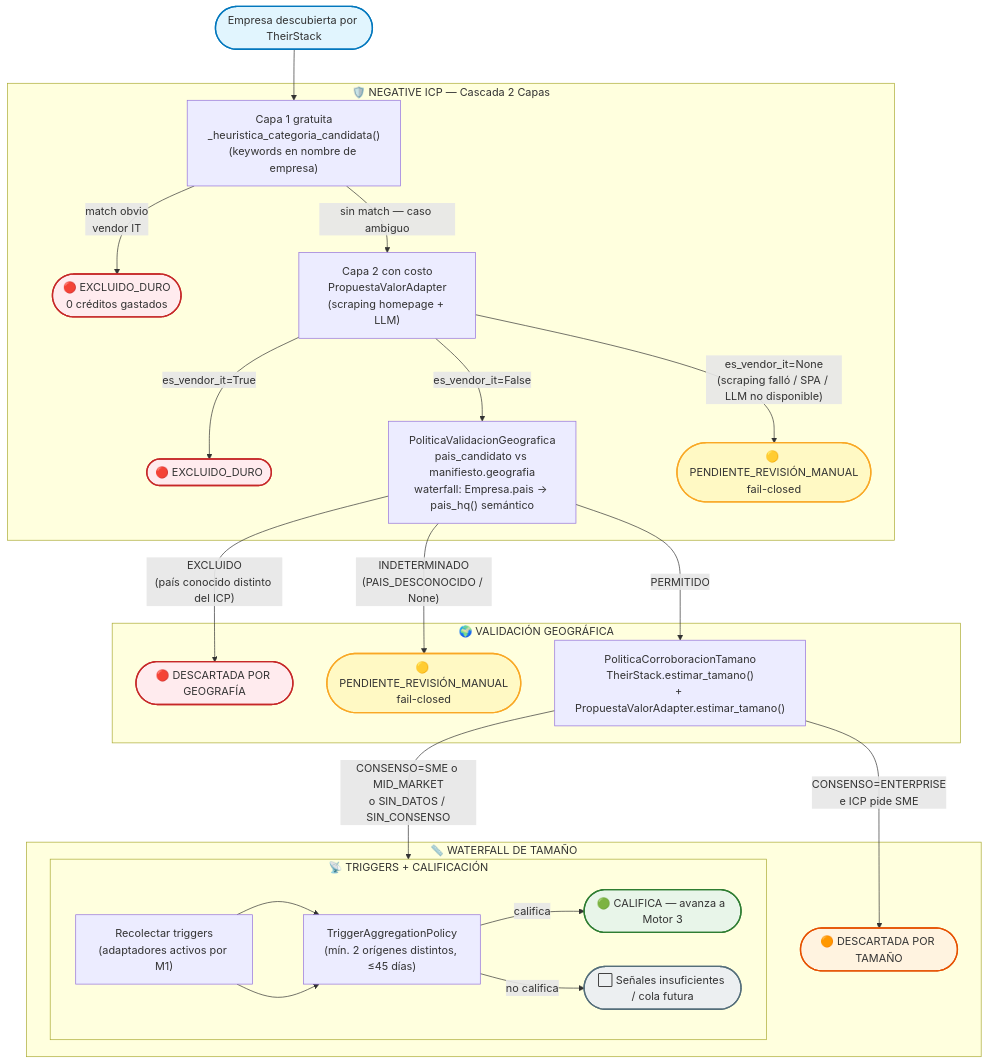
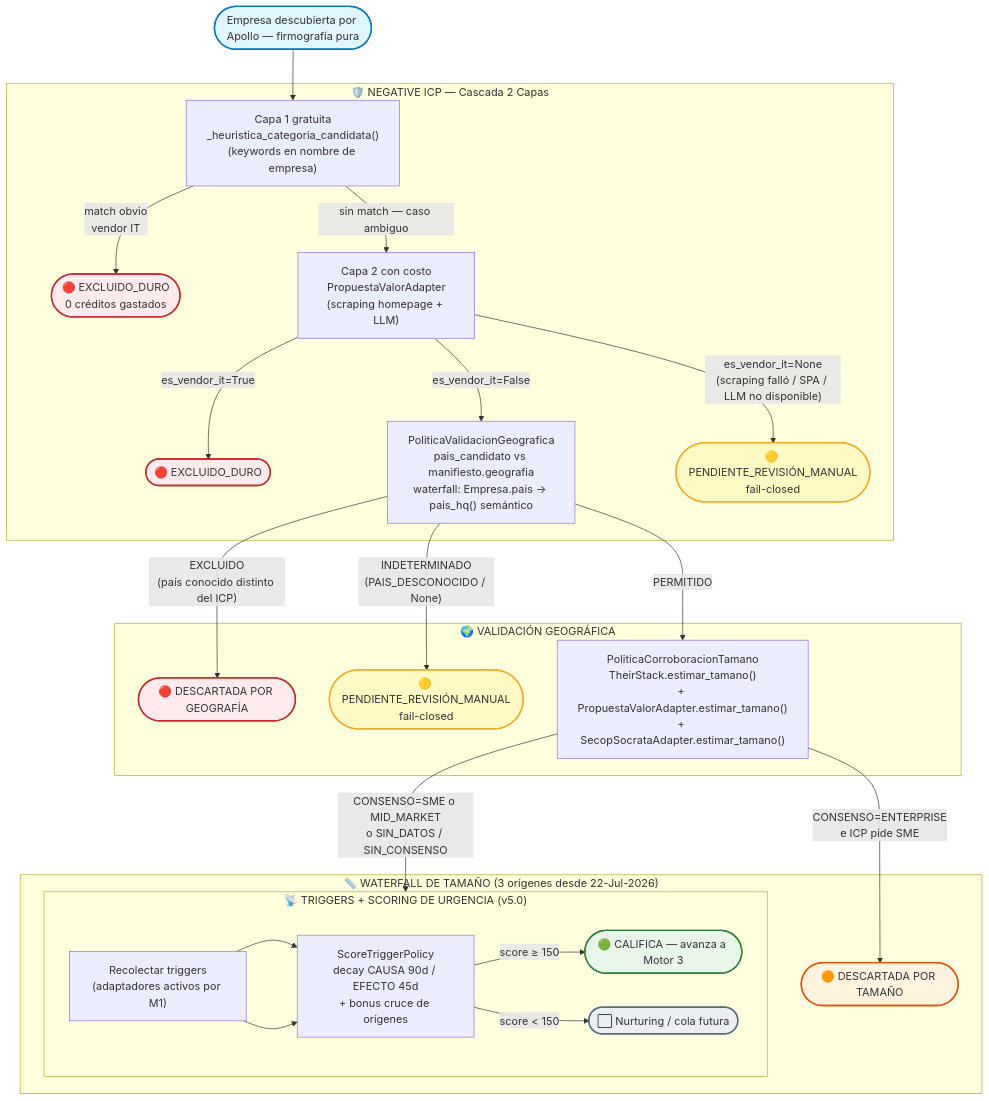
One commit to yeisonestiv109/estudio_skills_ia_claude changed the second of 3 diagrams in 10-Memoria_Consolidada/flujos_motor_1_y_2.md. Above: the diagram before and after it, drawn with Mermaid. The commit also changed other lines of this file and 5 other files, not shown here.

````diff
--- a/10-Memoria_Consolidada/flujos_motor_1_y_2.md
+++ b/10-Memoria_Consolidada/flujos_motor_1_y_2.md
@@ -208,46 +257,46 @@
 ```mermaid
 graph TD
-    A([Empresa descubierta por TheirStack]) --> B
+    A([Empresa descubierta por Apollo — firmografía pura]) --> B
 
     subgraph NEGATIVE_ICP ["🛡️ NEGATIVE ICP — Cascada 2 Capas"]
         B["Capa 1 gratuita<br/>_heuristica_categoria_candidata()<br/>(keywords en nombre de empresa)"]
         B -->|"match obvio<br/>vendor IT"| EX1([🔴 EXCLUIDO_DURO<br/>0 créditos gastados])
         B -->|"sin match — caso ambiguo"| C
         C["Capa 2 con costo<br/>PropuestaValorAdapter<br/>(scraping homepage + LLM)"]
         C -->|"es_vendor_it=True"| EX2([🔴 EXCLUIDO_DURO])
         C -->|"es_vendor_it=False"| GEO
         C -->|"es_vendor_it=None<br/>(scraping falló / SPA / LLM no disponible)"| MANUAL1([🟡 PENDIENTE_REVISIÓN_MANUAL<br/>fail-closed])
     end
 
     subgraph GEOGRAFIA ["🌍 VALIDACIÓN GEOGRÁFICA"]
         GEO["PoliticaValidacionGeografica<br/>pais_candidato vs manifiesto.geografia<br/>waterfall: Empresa.pais → pais_hq() semántico"]
         GEO -->|"EXCLUIDO<br/>(país conocido distinto del ICP)"| EX3([🔴 DESCARTADA POR GEOGRAFÍA])
         GEO -->|"INDETERMINADO<br/>(PAIS_DESCONOCIDO / None)"| MANUAL2([🟡 PENDIENTE_REVISIÓN_MANUAL<br/>fail-closed])
         GEO -->|"PERMITIDO"| TAM
     end
 
-    subgraph TAMANO ["📏 WATERFALL DE TAMAÑO"]
-        TAM["PoliticaCorroboracionTamano<br/>TheirStack.estimar_tamano()<br/>+ PropuestaValorAdapter.estimar_tamano()"]
+    subgraph TAMANO ["📏 WATERFALL DE TAMAÑO (3 orígenes desde 22-Jul-2026)"]
+        TAM["PoliticaCorroboracionTamano<br/>TheirStack.estimar_tamano()<br/>+ PropuestaValorAdapter.estimar_tamano()<br/>+ SecopSocrataAdapter.estimar_tamano()"]
         TAM -->|"CONSENSO=ENTERPRISE<br/>e ICP pide SME"| EX4([🟠 DESCARTADA POR TAMAÑO])
         TAM -->|"CONSENSO=SME o MID_MARKET<br/>o SIN_DATOS / SIN_CONSENSO"| TRIGGERS
     end
 
-    subgraph TRIGGERS ["📡 TRIGGERS + CALIFICACIÓN"]
+    subgraph TRIGGERS ["📡 TRIGGERS + SCORING DE URGENCIA (v5.0)"]
         TRIGGERS_RUN["Recolectar triggers<br/>(adaptadores activos por M1)"]
-        TRIGGERS_RUN --> AGG["TriggerAggregationPolicy<br/>(mín. 2 orígenes distintos, ≤45 días)"]
-        AGG -->|"califica"| OK([🟢 CALIFICA — avanza a Motor 3])
-        AGG -->|"no califica"| NOOK([⬜ Señales insuficientes / cola futura])
+        TRIGGERS_RUN --> AGG["ScoreTriggerPolicy<br/>decay CAUSA 90d / EFECTO 45d<br/>+ bonus cruce de orígenes"]
+        AGG -->|"score ≥ 150"| OK([🟢 CALIFICA — avanza a Motor 3])
+        AGG -->|"score &lt; 150"| NOOK([⬜ Nurturing / cola futura])
     end
 
     TRIGGERS_RUN --> AGG
 
     style A fill:#e1f5fe,stroke:#0277bd,stroke-width:2px
     style OK fill:#e8f5e9,stroke:#2e7d32,stroke-width:2px
     style EX1 fill:#ffebee,stroke:#c62828,stroke-width:2px
     style EX2 fill:#ffebee,stroke:#c62828,stroke-width:2px
     style EX3 fill:#ffebee,stroke:#c62828,stroke-width:2px
     style EX4 fill:#fff3e0,stroke:#e65100,stroke-width:2px
     style MANUAL1 fill:#fff9c4,stroke:#f9a825,stroke-width:2px
     style MANUAL2 fill:#fff9c4,stroke:#f9a825,stroke-width:2px
     style NOOK fill:#eceff1,stroke:#546e7a,stroke-width:2px
 ```
````
